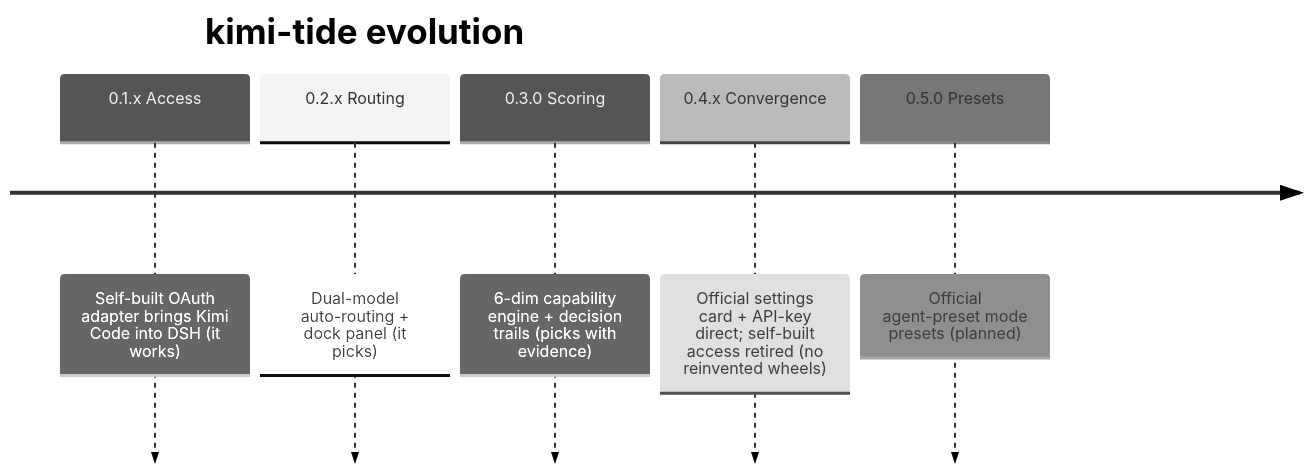
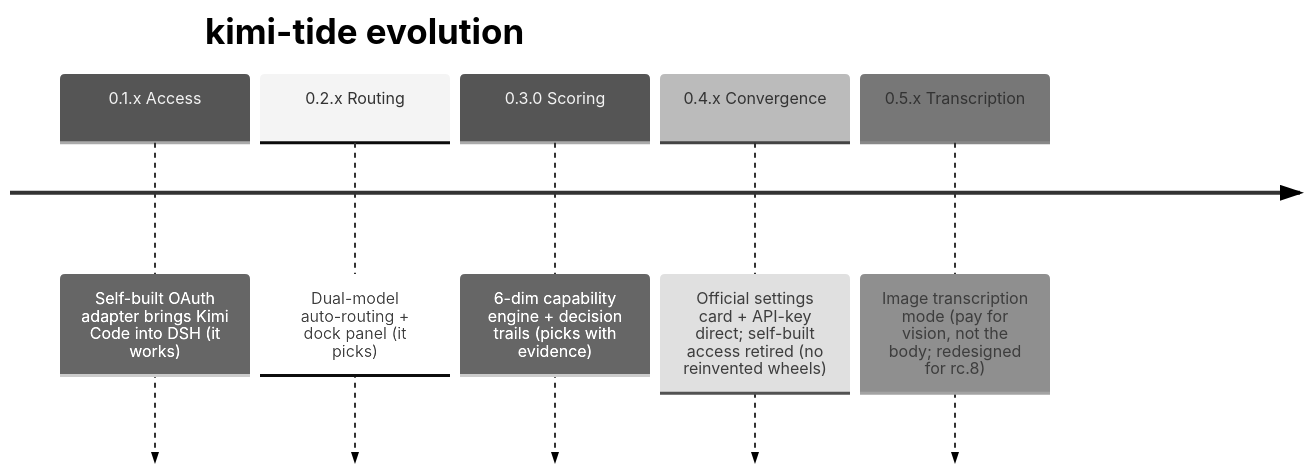
One commit to tafcear/kimi-tide changed the third of 4 diagrams in README.md. Above: the diagram before and after it, drawn with Mermaid (neutral theme). The commit also changed other lines of this file, not shown here.

Commit message:
docs(readme): 同步 v0.4.0 发布状态 + rc.8 路线图重议结论（发布链接/216·216/砍模式预设/外包裁撤/kimi 子代理后端关闭/图像转述改设计，中英镜像 26 处）

````diff
--- a/README.md
+++ b/README.md
@@ -359,9 +358,9 @@
 ```mermaid
 timeline
     title kimi-tide evolution
     0.1.x Access : Self-built OAuth adapter brings Kimi Code into DSH (it works)
     0.2.x Routing : Dual-model auto-routing + dock panel (it picks)
     0.3.0 Scoring : 6-dim capability engine + decision trails (picks with evidence)
     0.4.x Convergence : Official settings card + API-key direct; self-built access retired (no reinvented wheels)
-    0.5.0 Presets : Official agent-preset mode presets (planned)
+    0.5.x Transcription : Image transcription mode (pay for vision, not the body; redesigned for rc.8)
 ```
````
